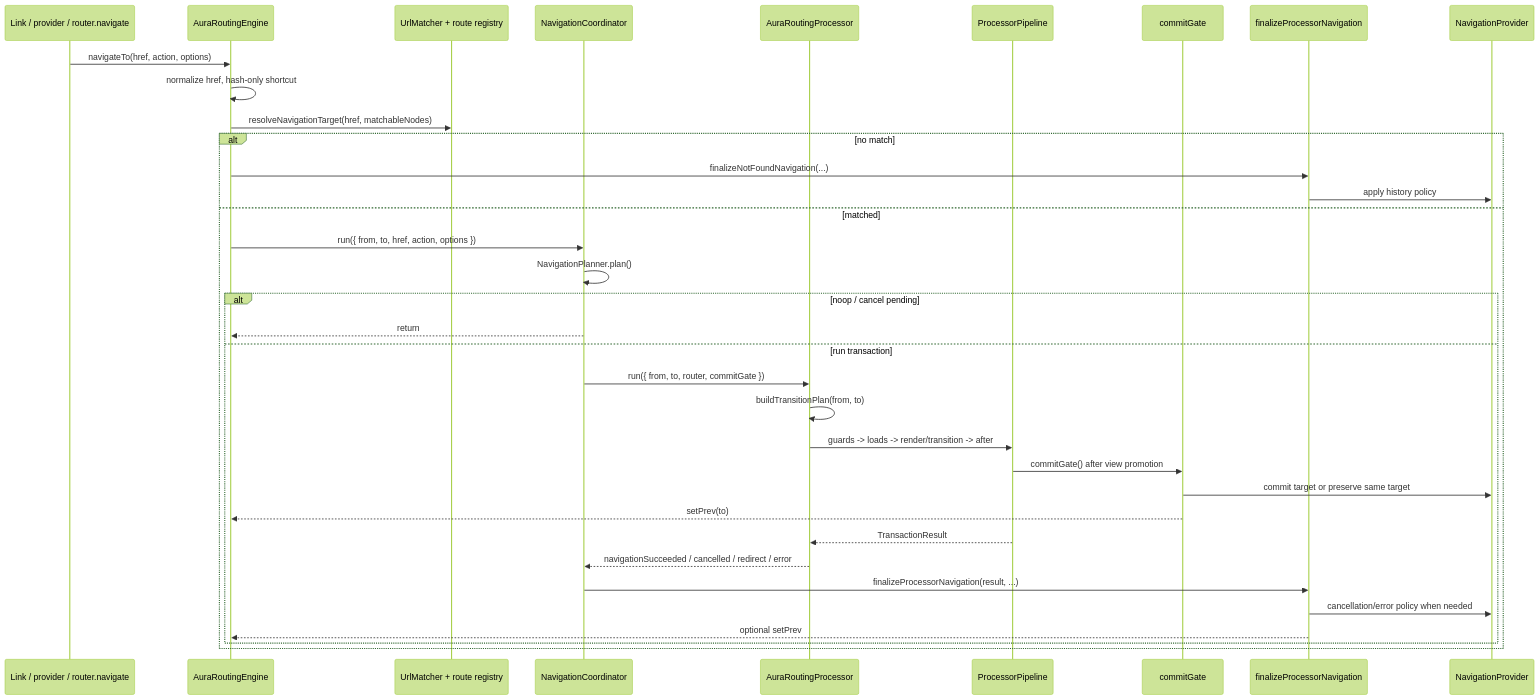
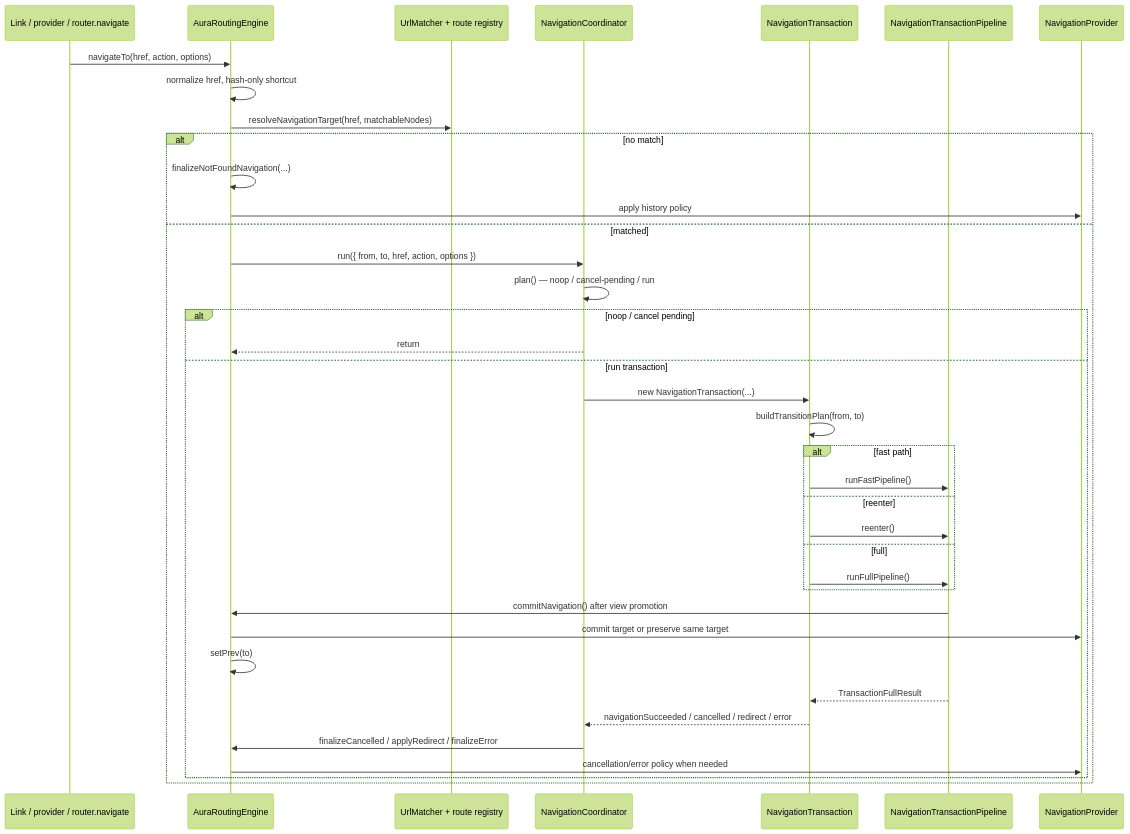
One commit to aura-ui/router changed the diagram in src/modules/aura-routing-engine/core/ARCHITECTURE.md. Above: the diagram before and after it, drawn with Mermaid (forest theme). The commit also changed other lines of this file and 5 other files, not shown here.

````diff
--- a/src/modules/aura-routing-engine/core/ARCHITECTURE.md
+++ b/src/modules/aura-routing-engine/core/ARCHITECTURE.md
@@ -25,38 +28,41 @@
 ```mermaid
 sequenceDiagram
   participant Source as Link / provider / router.navigate
   participant Engine as AuraRoutingEngine
   participant Match as UrlMatcher + route registry
   participant Coord as NavigationCoordinator
-  participant Processor as AuraRoutingProcessor
-  participant Pipeline as ProcessorPipeline
-  participant Gate as commitGate
-  participant Finalize as finalizeProcessorNavigation
+  participant Tx as NavigationTransaction
+  participant Pipeline as NavigationTransactionPipeline
   participant History as NavigationProvider
 
   Source->>Engine: navigateTo(href, action, options)
   Engine->>Engine: normalize href, hash-only shortcut
   Engine->>Match: resolveNavigationTarget(href, matchableNodes)
   alt no match
-    Engine->>Finalize: finalizeNotFoundNavigation(...)
-    Finalize->>History: apply history policy
+    Engine->>Engine: finalizeNotFoundNavigation(...)
+    Engine->>History: apply history policy
   else matched
     Engine->>Coord: run({ from, to, href, action, options })
-    Coord->>Coord: NavigationPlanner.plan()
+    Coord->>Coord: plan() — noop / cancel-pending / run
     alt noop / cancel pending
       Coord-->>Engine: return
     else run transaction
-      Coord->>Processor: run({ from, to, router, commitGate })
-      Processor->>Processor: buildTransitionPlan(from, to)
-      Processor->>Pipeline: guards -> loads -> render/transition -> after
-      Pipeline->>Gate: commitGate() after view promotion
-      Gate->>History: commit target or preserve same target
-      Gate-->>Engine: setPrev(to)
-      Pipeline-->>Processor: TransactionResult
-      Processor-->>Coord: navigationSucceeded / cancelled / redirect / error
-      Coord->>Finalize: finalizeProcessorNavigation(result, ...)
-      Finalize->>History: cancellation/error policy when needed
-      Finalize-->>Engine: optional setPrev
+      Coord->>Tx: new NavigationTransaction(...)
+      Tx->>Tx: buildTransitionPlan(from, to)
+      alt fast path
+        Tx->>Pipeline: runFastPipeline()
+      else reenter
+        Tx->>Pipeline: reenter()
+      else full
+        Tx->>Pipeline: runFullPipeline()
+      end
+      Pipeline->>Engine: commitNavigation() after view promotion
+      Engine->>History: commit target or preserve same target
+      Engine->>Engine: setPrev(to)
+      Pipeline-->>Tx: TransactionFullResult
+      Tx-->>Coord: navigationSucceeded / cancelled / redirect / error
+      Coord->>Engine: finalizeCancelled / applyRedirect / finalizeError
+      Engine->>History: cancellation/error policy when needed
     end
   end
 ```
````
